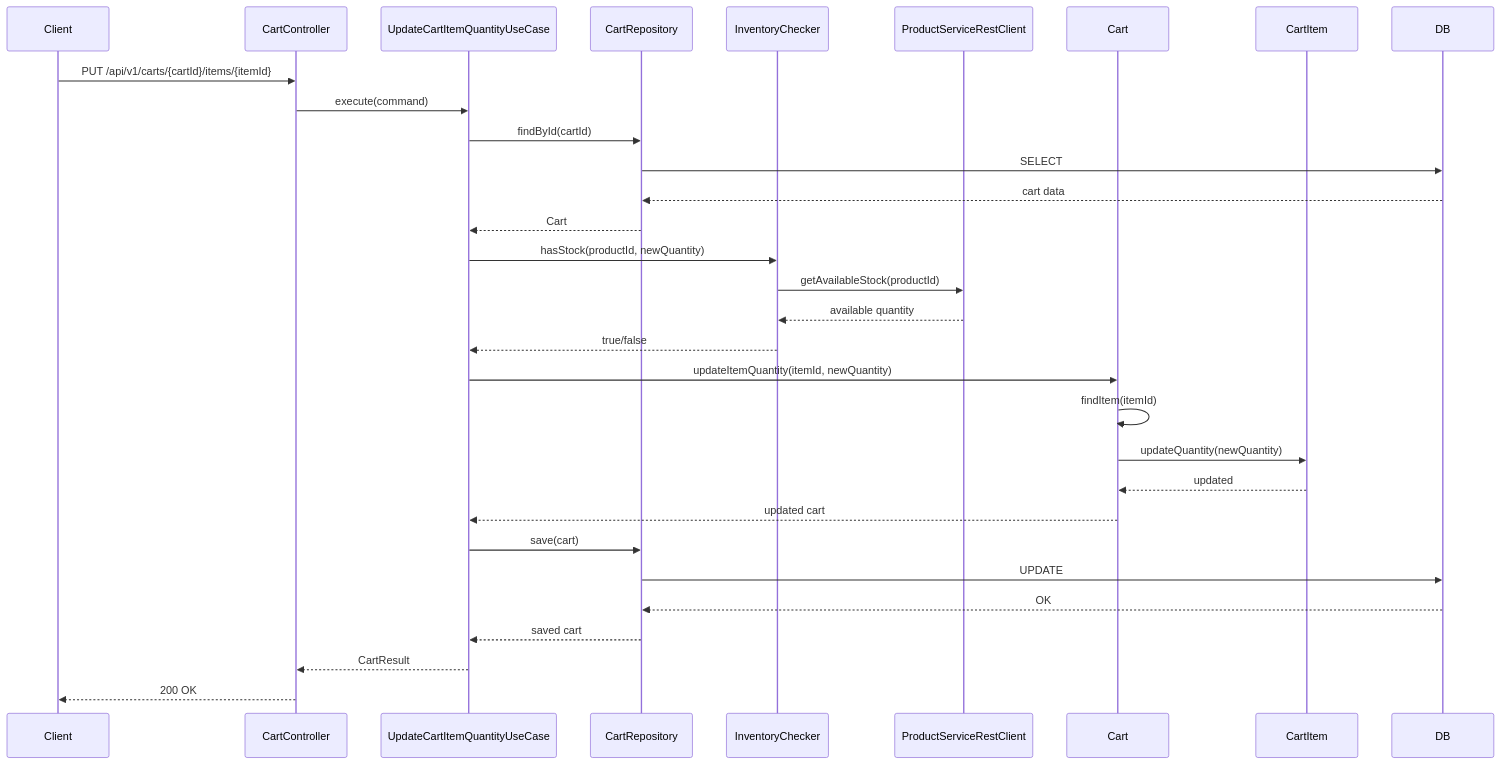
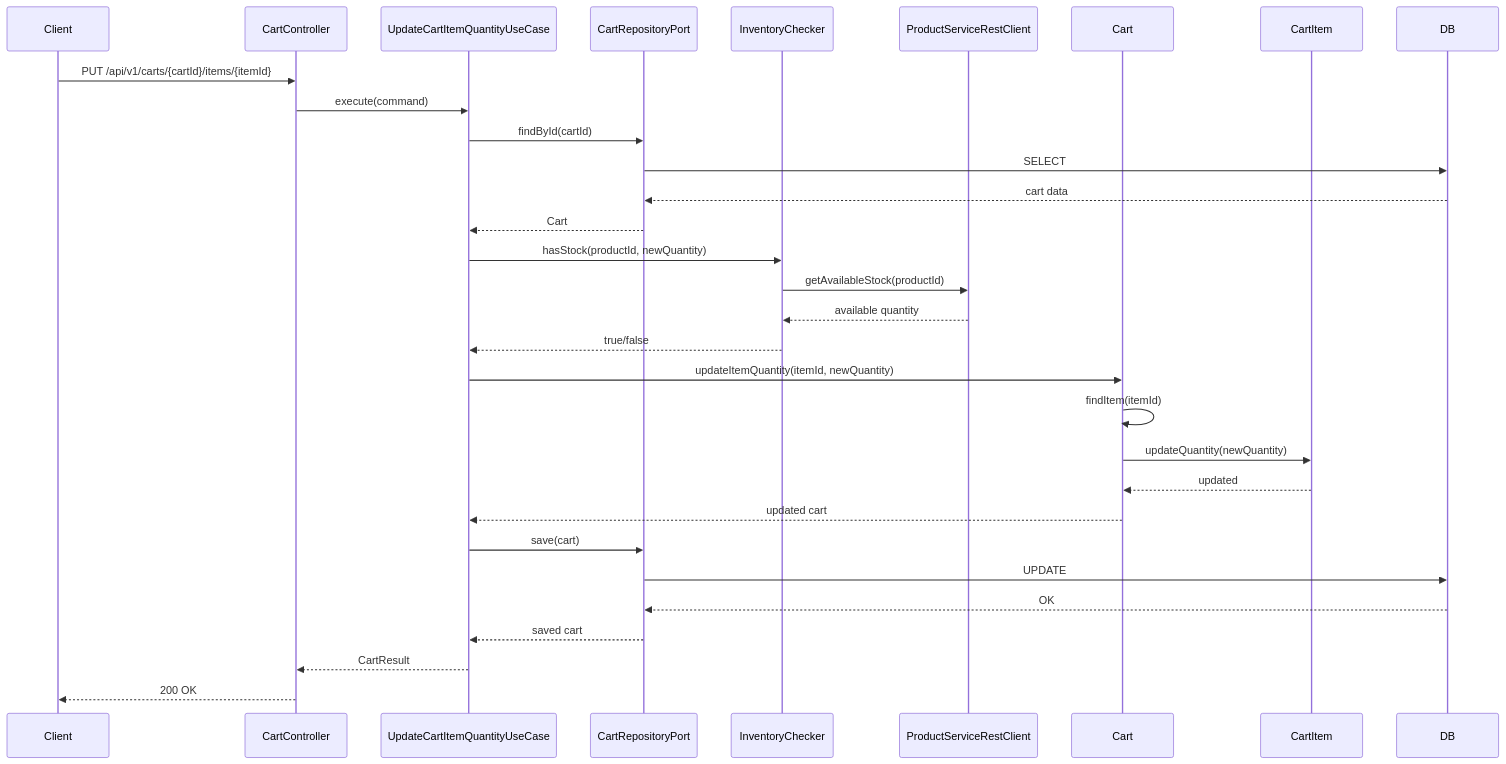
The third of 7 diagrams in purchasing-service/hexagonal/docs/sequence-diagrams.md (INNER-CIRCLE-ICD4/Project-3.-Commerce-2), drawn with Mermaid before and after one commit. The commit also changed other lines of this file, not shown here.

Commit message:
다이어그램에 반영

````diff
--- a/purchasing-service/hexagonal/docs/sequence-diagrams.md
+++ b/purchasing-service/hexagonal/docs/sequence-diagrams.md
@@ -92,43 +98,43 @@
 ```mermaid
 sequenceDiagram
     participant Client
     participant CartController
     participant UpdateCartItemQuantityUseCase
-    participant CartRepository
+    participant CartRepositoryPort
     participant InventoryChecker
     participant ProductServiceRestClient
     participant Cart
     participant CartItem
     participant DB
 
     Client->>CartController: PUT /api/v1/carts/{cartId}/items/{itemId}
     CartController->>UpdateCartItemQuantityUseCase: execute(command)
     
     %% 장바구니 조회
-    UpdateCartItemQuantityUseCase->>CartRepository: findById(cartId)
-    CartRepository->>DB: SELECT
-    DB-->>CartRepository: cart data
-    CartRepository-->>UpdateCartItemQuantityUseCase: Cart
+    UpdateCartItemQuantityUseCase->>CartRepositoryPort: findById(cartId)
+    CartRepositoryPort->>DB: SELECT
+    DB-->>CartRepositoryPort: cart data
+    CartRepositoryPort-->>UpdateCartItemQuantityUseCase: Cart
     
     %% 재고 확인
     UpdateCartItemQuantityUseCase->>InventoryChecker: hasStock(productId, newQuantity)
     InventoryChecker->>ProductServiceRestClient: getAvailableStock(productId)
     ProductServiceRestClient-->>InventoryChecker: available quantity
     InventoryChecker-->>UpdateCartItemQuantityUseCase: true/false
     
     %% 수량 변경
     UpdateCartItemQuantityUseCase->>Cart: updateItemQuantity(itemId, newQuantity)
     Cart->>Cart: findItem(itemId)
     Cart->>CartItem: updateQuantity(newQuantity)
     CartItem-->>Cart: updated
     Cart-->>UpdateCartItemQuantityUseCase: updated cart
     
     %% 저장
-    UpdateCartItemQuantityUseCase->>CartRepository: save(cart)
-    CartRepository->>DB: UPDATE
-    DB-->>CartRepository: OK
-    CartRepository-->>UpdateCartItemQuantityUseCase: saved cart
+    UpdateCartItemQuantityUseCase->>CartRepositoryPort: save(cart)
+    CartRepositoryPort->>DB: UPDATE
+    DB-->>CartRepositoryPort: OK
+    CartRepositoryPort-->>UpdateCartItemQuantityUseCase: saved cart
     
     UpdateCartItemQuantityUseCase-->>CartController: CartResult
     CartController-->>Client: 200 OK
 ```
````
